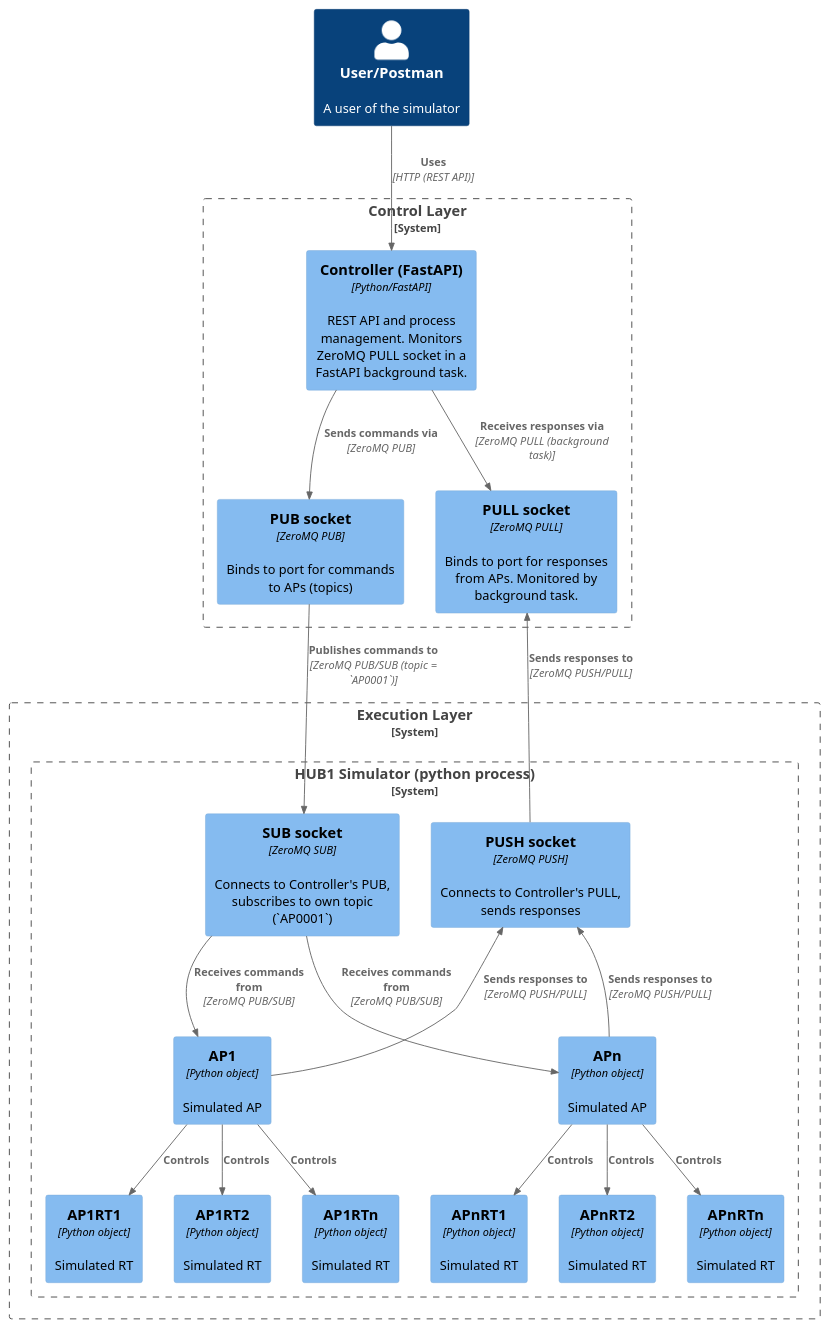
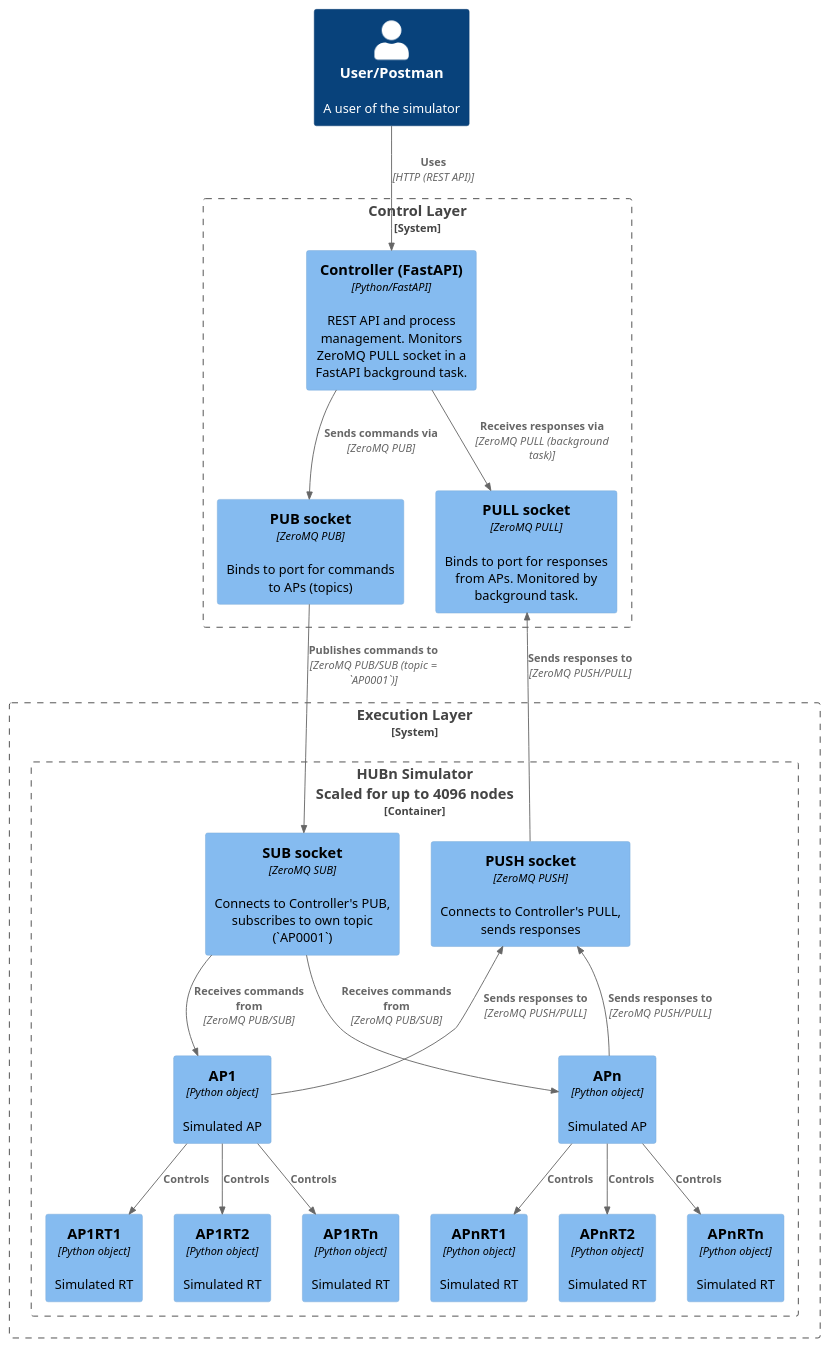
Before and after one commit to jonathan-cbng/sim_poc: the diagram in docs/architecture.puml, drawn with PlantUML. The commit also changed 4 other files, not shown here.

Commit message:
feat: Update CMake configuration for PlantUML SVG generation and enhance documentation

```diff
--- a/docs/architecture.puml
+++ b/docs/architecture.puml
@@ -1,45 +1,45 @@
-@startuml C4_Elements
+@startuml
 !include https://raw.githubusercontent.com/plantuml-stdlib/C4-PlantUML/master/C4_Component.puml
 
 Person(user, "User/Postman", "A user of the simulator")
 
 System_Boundary(ctrl, "Control Layer") {
     Component(controller, "Controller (FastAPI)", "Python/FastAPI", "REST API and process management. Monitors ZeroMQ PULL socket in a FastAPI background task.")
     Component(pub_socket, "PUB socket", "ZeroMQ PUB", "Binds to port for commands to APs (topics)")
     Component(pull_socket, "PULL socket", "ZeroMQ PULL", "Binds to port for responses from APs. Monitored by background task.")
 }
 
 System_Boundary(sim_layer, "Execution Layer") {
-    System_Boundary(hub_sys,"HUB1 Simulator (python process)","Up to 32 APs, each with up to 64 RTs") {
+    Container_Boundary(hub_sys,"HUBn Simulator\nScaled for up to 4096 nodes") {
         Component(ap1, "AP1", "Python object", "Simulated AP")
         Component(ap1rt1, "AP1RT1", "Python object", "Simulated RT")
         Component(ap1rt2, "AP1RT2", "Python object", "Simulated RT")
         Component(ap1rtn, "AP1RTn", "Python object", "Simulated RT")
         Component(ap2, "APn", "Python object", "Simulated AP")
         Component(ap2rt1, "APnRT1", "Python object", "Simulated RT")
         Component(ap2rt2, "APnRT2", "Python object", "Simulated RT")
         Component(ap2rtn, "APnRTn", "Python object", "Simulated RT")
         Component(sub_socket, "SUB socket", "ZeroMQ SUB", "Connects to Controller's PUB, subscribes to own topic (`AP0001`)")
         Component(push_socket, "PUSH socket", "ZeroMQ PUSH", "Connects to Controller's PULL, sends responses")
     }
 }
 
 
 Rel(user, controller, "Uses", "HTTP (REST API)")
 Rel(controller, pub_socket, "Sends commands via", "ZeroMQ PUB")
 Rel(controller, pull_socket, "Receives responses via", "ZeroMQ PULL (background task)")
 Rel(pub_socket, sub_socket, "Publishes commands to", "ZeroMQ PUB/SUB (topic = `AP0001`)")
 Rel(push_socket, pull_socket, "Sends responses to", "ZeroMQ PUSH/PULL")
 Rel(ap1, ap1rt1, "Controls")
 Rel(ap1, ap1rt2, "Controls")
 Rel(ap1, ap1rtn, "Controls")
 Rel(sub_socket,ap1, "Receives commands from", "ZeroMQ PUB/SUB")
 Rel_U(ap1, push_socket, "Sends responses to", "ZeroMQ PUSH/PULL")
 Rel(ap2, ap2rt1, "Controls")
 Rel(ap2, ap2rt2, "Controls")
 Rel(ap2, ap2rtn, "Controls")
 Rel(sub_socket,ap2, "Receives commands from", "ZeroMQ PUB/SUB")
 Rel_U(ap2, push_socket, "Sends responses to", "ZeroMQ PUSH/PULL")
 HIDE_STEREOTYPE()
 
 @enduml
```
